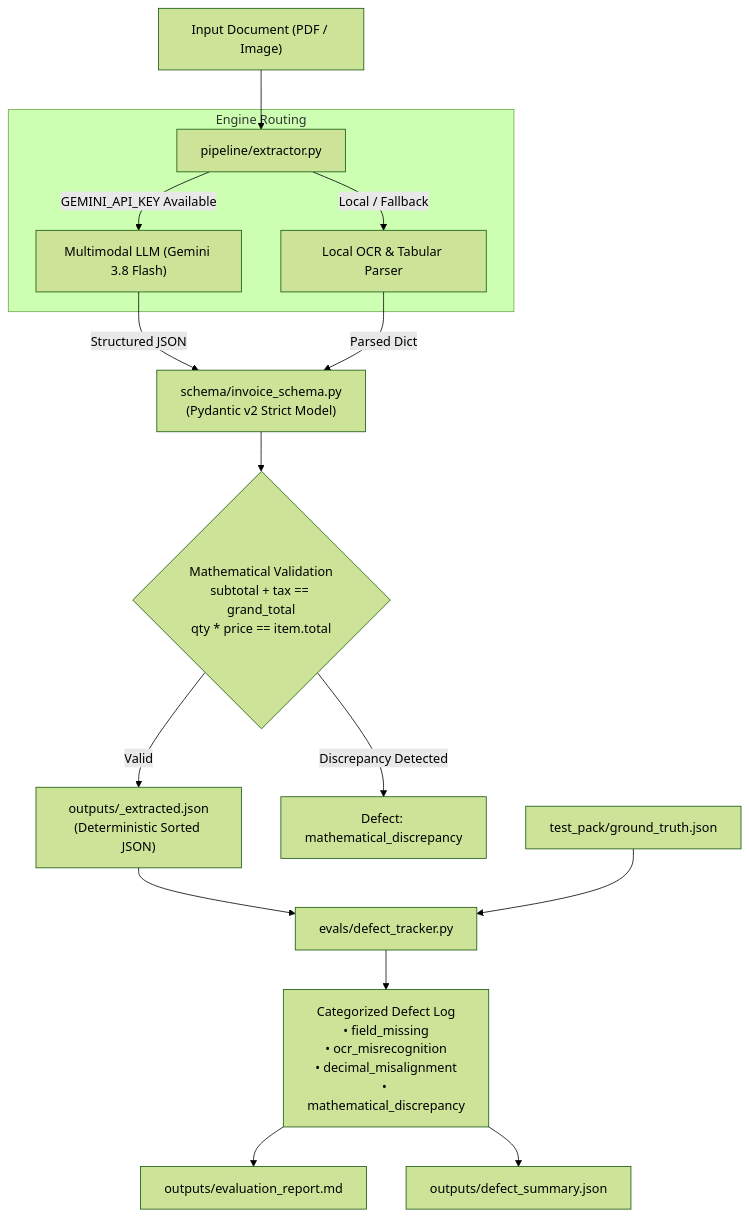
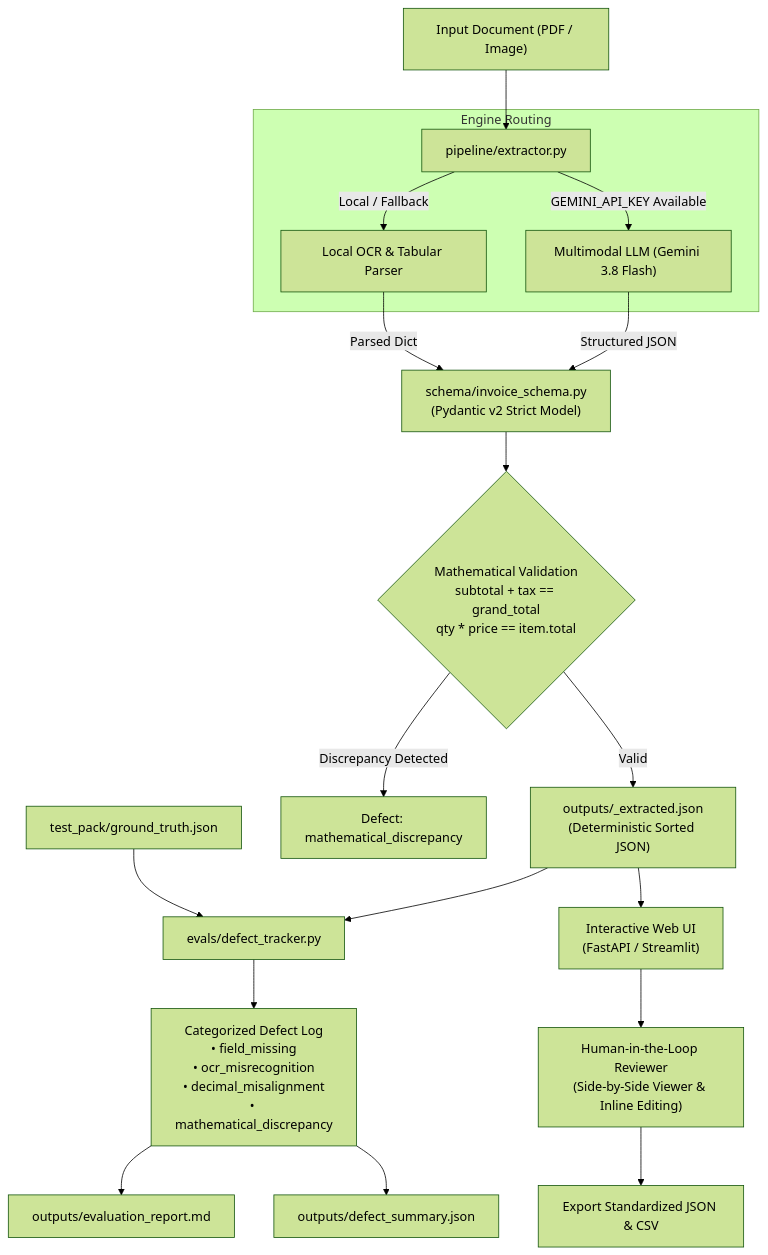
Before and after one commit to Samiaqadir/invoice-extraction-studio: the diagram in README.md, drawn with Mermaid (forest theme). The commit also changed other lines of this file and 15 other files, not shown here.

Commit message:
feat: add side-by-side interactive web UI (FastAPI & Streamlit) with confidence badges and export

````diff
--- a/README.md
+++ b/README.md
@@ -9,25 +9,29 @@
 ```mermaid
 flowchart TD
     Doc["Input Document (PDF / Image)"] --> Extractor["pipeline/extractor.py"]
     
     subgraph Engine Routing
         Extractor -->|GEMINI_API_KEY Available| Gemini["Multimodal LLM (Gemini 3.8 Flash)"]
         Extractor -->|Local / Fallback| LocalOCR["Local OCR & Tabular Parser"]
     end
     
     Gemini -->|Structured JSON| Validation["schema/invoice_schema.py\n(Pydantic v2 Strict Model)"]
     LocalOCR -->|Parsed Dict| Validation
     
     Validation --> MathCheck{"Mathematical Validation\nsubtotal + tax == grand_total\nqty * price == item.total"}
     
     MathCheck -->|Valid| Output["outputs/<doc>_extracted.json\n(Deterministic Sorted JSON)"]
     MathCheck -->|Discrepancy Detected| MathDefect["Defect: mathematical_discrepancy"]
     
     Output --> Evaluator["evals/defect_tracker.py"]
     GroundTruth["test_pack/ground_truth.json"] --> Evaluator
     
     Evaluator --> DefectTaxonomy["Categorized Defect Log\n• field_missing\n• ocr_misrecognition\n• decimal_misalignment\n• mathematical_discrepancy"]
     
     DefectTaxonomy --> ReportMD["outputs/evaluation_report.md"]
     DefectTaxonomy --> SummaryJSON["outputs/defect_summary.json"]
+    
+    Output --> WebUI["Interactive Web UI\n(FastAPI / Streamlit)"]
+    WebUI --> Reviewer["Human-in-the-Loop Reviewer\n(Side-by-Side Viewer & Inline Editing)"]
+    Reviewer --> Export["Export Standardized JSON & CSV"]
 ```
````
